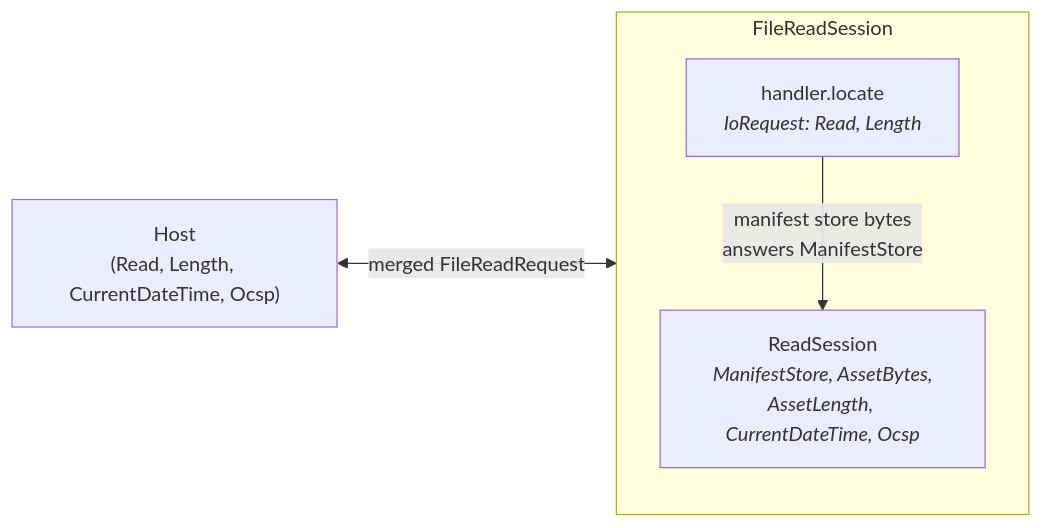
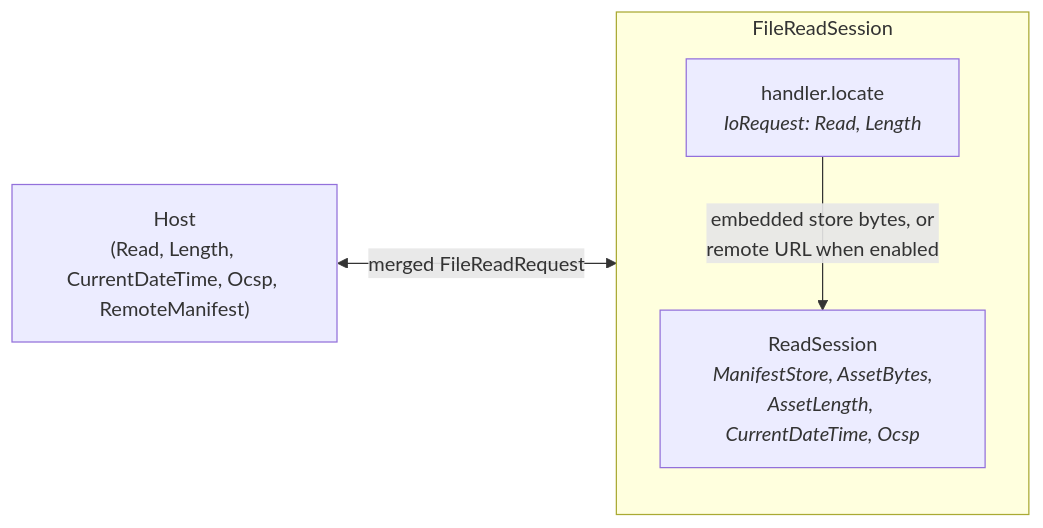
One commit to scouten/state-machine-experiment changed the first of 3 diagrams in docs/walkthrough/03-read-path.md. Above: the diagram before and after it, drawn with Mermaid. The commit also changed other lines of this file and 39 other files, not shown here.

````diff
--- a/docs/walkthrough/03-read-path.md
+++ b/docs/walkthrough/03-read-path.md
@@ -10,11 +10,11 @@
 ```mermaid
 flowchart LR
-    Host["Host<br/>(Read, Length, CurrentDateTime, Ocsp)"]
+    Host["Host<br/>(Read, Length, CurrentDateTime, Ocsp, RemoteManifest)"]
     subgraph FRS["FileReadSession"]
         direction TB
         Loc["handler.locate<br/><i>IoRequest: Read, Length</i>"]
         RS["ReadSession<br/><i>ManifestStore, AssetBytes,<br/>AssetLength, CurrentDateTime, Ocsp</i>"]
-        Loc -- "manifest store bytes<br/>answers ManifestStore" --> RS
+        Loc -- "embedded store bytes, or<br/>remote URL when enabled" --> RS
     end
     Host <-- "merged FileReadRequest" --> FRS
 ```
````
